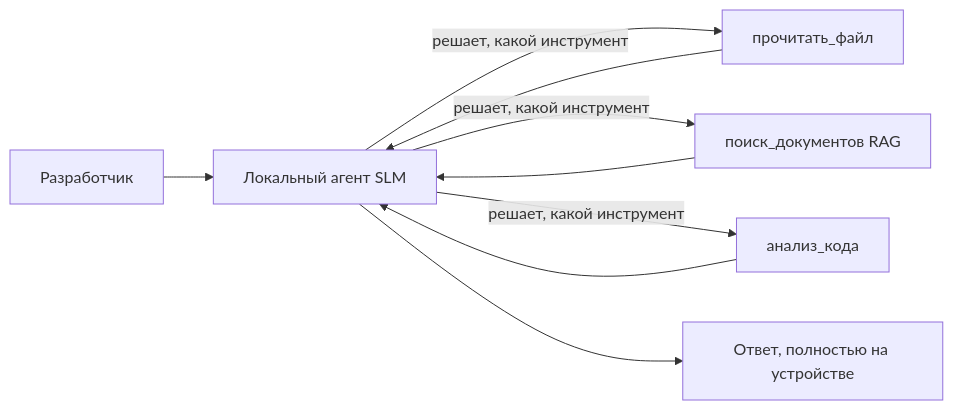
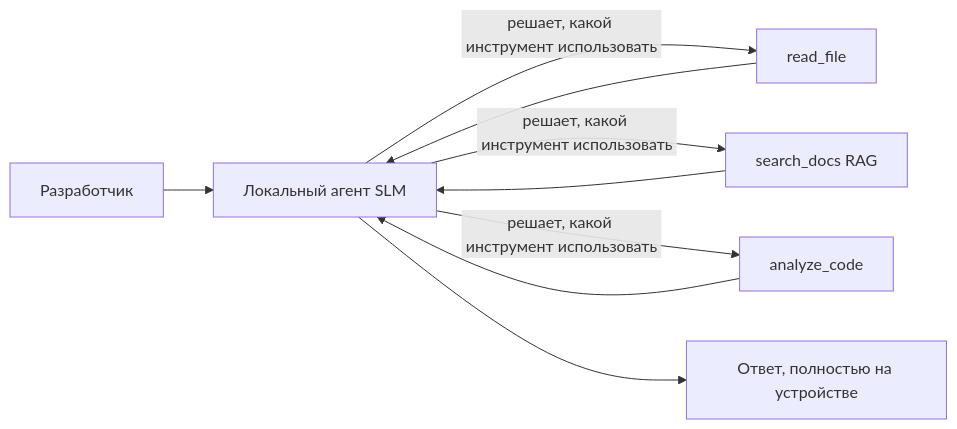
Before and after one commit to microsoft/ai-agents-for-beginners: the first of 4 diagrams in translations/ru/17-creating-local-ai-agents/README.md, drawn with Mermaid. The commit also changed other lines of this file and 47 other files, not shown here.

````diff
--- a/translations/ru/17-creating-local-ai-agents/README.md
+++ b/translations/ru/17-creating-local-ai-agents/README.md
@@ -66,11 +66,11 @@
 ```mermaid
 flowchart LR
     U[Разработчик] --> A[Локальный агент SLM]
-    A -->|решает, какой инструмент| T1[прочитать_файл]
-    A -->|решает, какой инструмент| T2[поиск_документов RAG]
-    A -->|решает, какой инструмент| T3[анализ_кода]
+    A -->|решает, какой инструмент использовать| T1[read_file]
+    A -->|решает, какой инструмент использовать| T2[search_docs RAG]
+    A -->|решает, какой инструмент использовать| T3[analyze_code]
     T1 --> A
     T2 --> A
     T3 --> A
     A --> R[Ответ, полностью на устройстве]
 ```
````
